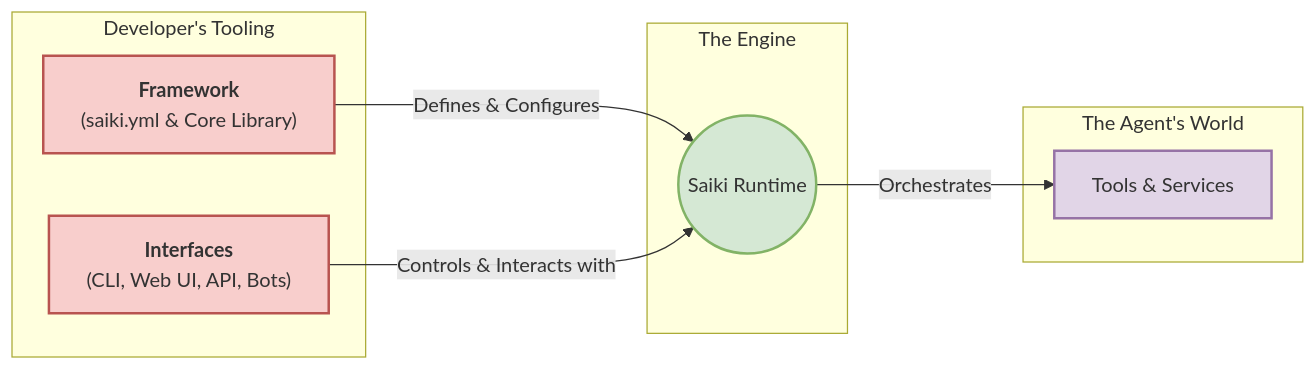
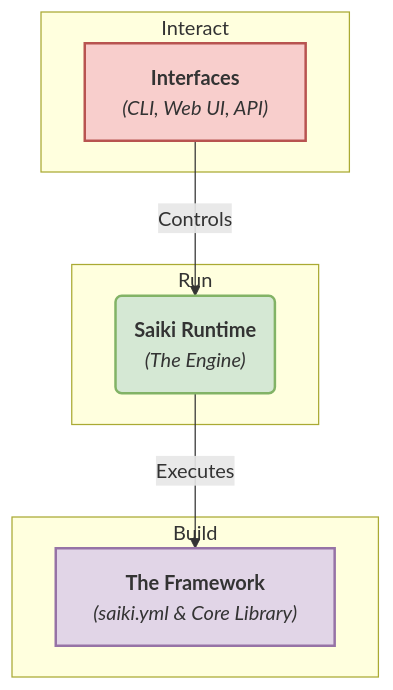
The diagram in docs/docs/getting-started/intro.md (truffle-ai/saiki), drawn with Mermaid before and after one commit. The commit also changed other lines of this file, not shown here.

````diff
--- a/docs/docs/getting-started/intro.md
+++ b/docs/docs/getting-started/intro.md
@@ -13,28 +11,26 @@
 ```mermaid
-graph LR
-    subgraph "Developer's Tooling"
-        A["<b>Framework</b><br/>(saiki.yml & Core Library)"]
-        B["<b>Interfaces</b><br/>(CLI, Web UI, API, Bots)"]
+graph TD
+    subgraph "Interact"
+        A["<b>Interfaces</b><br><i>(CLI, Web UI, API)</i>"]
     end
     
-    subgraph "The Engine"
-        C((Saiki Runtime))
+    subgraph "Run"
+        B("<b>Saiki Runtime</b><br><i>(The Engine)</i>")
     end
 
-    subgraph "The Agent's World"
-        D[Tools & Services]
+    subgraph "Build"
+        C["<b>The Framework</b><br><i>(saiki.yml & Core Library)</i>"]
     end
 
-    A -- "Defines & Configures" --> C
-    B -- "Controls & Interacts with" --> C
-    C -- "Orchestrates" --> D
+    A -- "Controls" --> B
+    B -- "Executes" --> C
 
-    classDef tools fill:#f8cecc,stroke:#b85450,stroke-width:2px;
-    class A,B tools;
+    classDef interact fill:#f8cecc,stroke:#b85450,stroke-width:2px;
+    class A interact;
 
-    classDef engine fill:#d5e8d4,stroke:#82b366,stroke-width:2px;
-    class C engine;
+    classDef run fill:#d5e8d4,stroke:#82b366,stroke-width:2px;
+    class B run;
 
-    classDef world fill:#e1d5e7,stroke:#9673a6,stroke-width:2px;
-    class D world;
+    classDef build fill:#e1d5e7,stroke:#9673a6,stroke-width:2px;
+    class C build;
 ```
````
